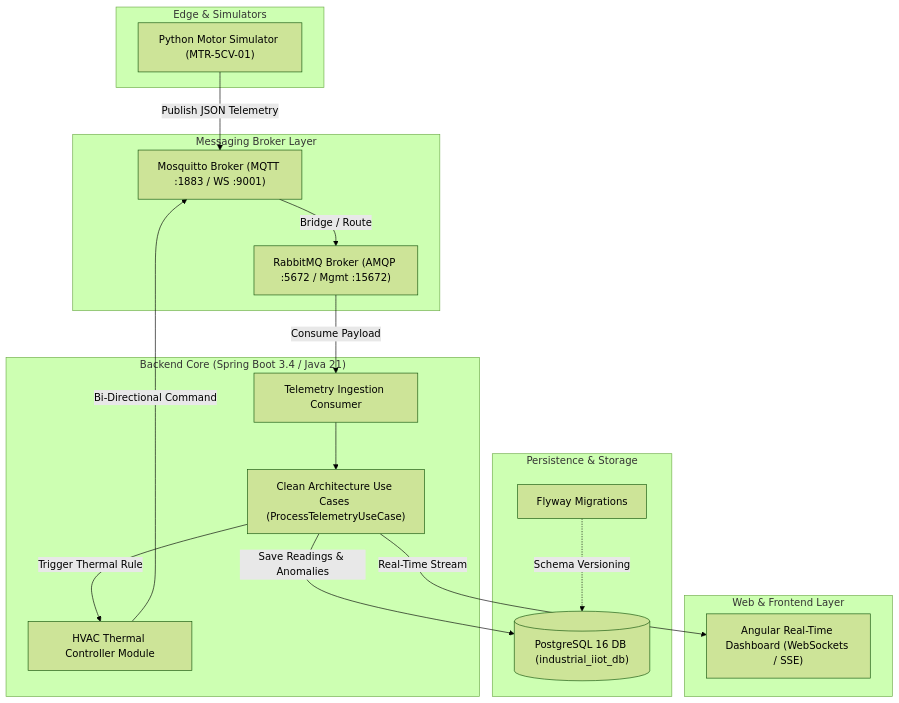
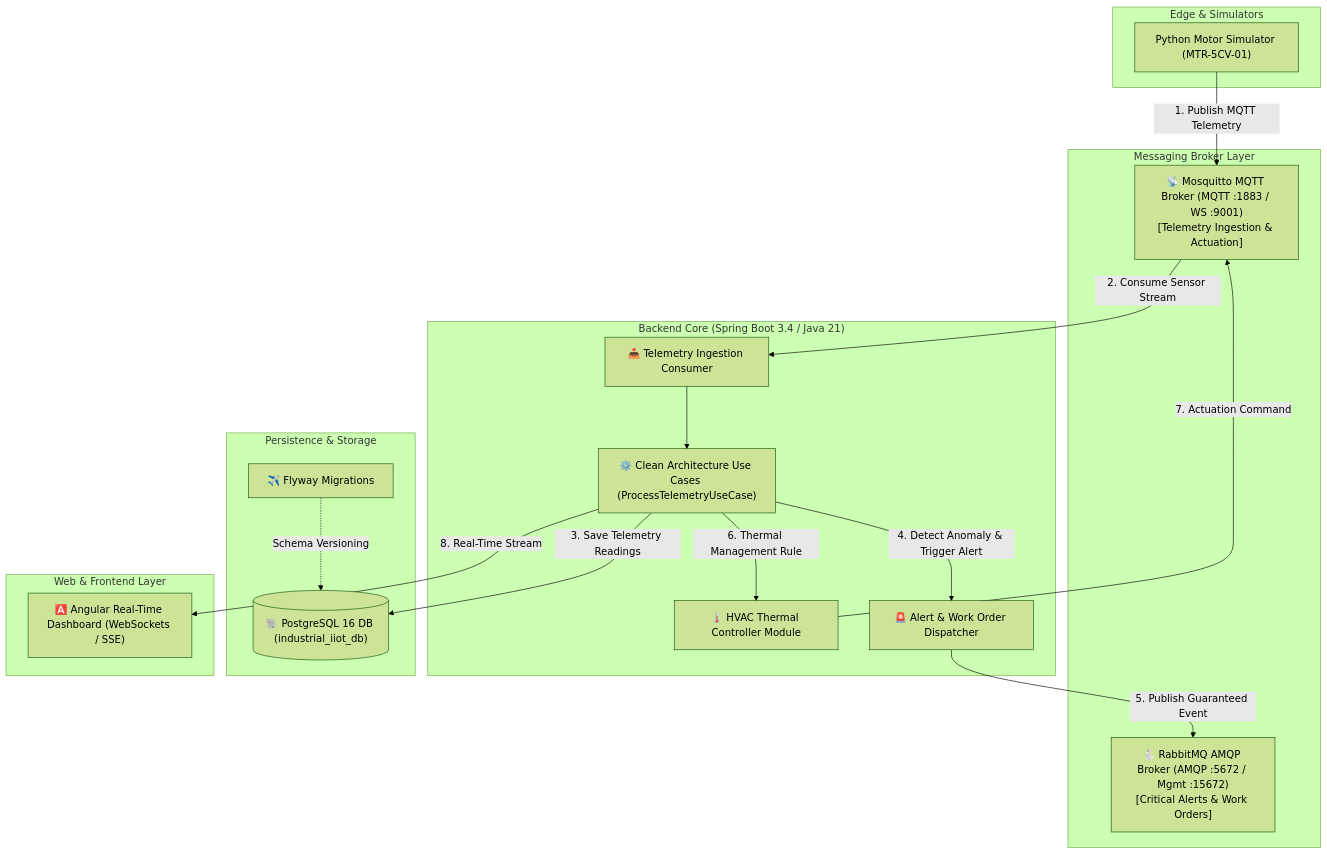
One commit to igorhgds/industrial-iot-backend changed the diagram in README.md. Above: the diagram before and after it, drawn with Mermaid (forest theme). The commit also changed other lines of this file, not shown here.

Commit message:
docs: update README with architectural diagram, milestone roadmap and dual-broker strategy

````diff
--- a/README.md
+++ b/README.md
@@ -26,36 +26,38 @@
 ```mermaid
 graph TD
     subgraph edge_sim ["Edge & Simulators"]
         MS["Python Motor Simulator (MTR-5CV-01)"]
     end
 
     subgraph msg_broker ["Messaging Broker Layer"]
-        MQTT["Mosquitto Broker (MQTT :1883 / WS :9001)"]
-        RMQ["RabbitMQ Broker (AMQP :5672 / Mgmt :15672)"]
+        MQTT["📡 Mosquitto MQTT Broker (MQTT :1883 / WS :9001)<br/>[Telemetry Ingestion & Actuation]"]
+        RMQ["🐇 RabbitMQ AMQP Broker (AMQP :5672 / Mgmt :15672)<br/>[Critical Alerts & Work Orders]"]
     end
 
     subgraph backend_core ["Backend Core (Spring Boot 3.4 / Java 21)"]
-        ING["Telemetry Ingestion Consumer"]
-        UC["Clean Architecture Use Cases (ProcessTelemetryUseCase)"]
-        HVAC["HVAC Thermal Controller Module"]
+        ING["📥 Telemetry Ingestion Consumer"]
+        UC["⚙️ Clean Architecture Use Cases (ProcessTelemetryUseCase)"]
+        HVAC["🌡️ HVAC Thermal Controller Module"]
+        ALERT["🚨 Alert & Work Order Dispatcher"]
     end
 
     subgraph persistence ["Persistence & Storage"]
-        PG[("PostgreSQL 16 DB (industrial_iiot_db)")]
-        FLY["Flyway Migrations"]
+        PG[("🐘 PostgreSQL 16 DB (industrial_iiot_db)")]
+        FLY["✈️ Flyway Migrations"]
     end
 
     subgraph frontend_layer ["Web & Frontend Layer"]
-        ANG["Angular Real-Time Dashboard (WebSockets / SSE)"]
+        ANG["🅰️ Angular Real-Time Dashboard (WebSockets / SSE)"]
     end
 
-    MS -->|Publish JSON Telemetry| MQTT
-    MQTT -->|Bridge / Route| RMQ
-    RMQ -->|Consume Payload| ING
+    MS -->|1. Publish MQTT Telemetry| MQTT
+    MQTT -->|2. Consume Sensor Stream| ING
     ING --> UC
-    UC -->|Save Readings & Anomalies| PG
+    UC -->|3. Save Telemetry Readings| PG
     FLY -.->|Schema Versioning| PG
-    UC -->|Trigger Thermal Rule| HVAC
-    HVAC -->|Bi-Directional Command| MQTT
-    UC -->|Real-Time Stream| ANG
+    UC -->|4. Detect Anomaly & Trigger Alert| ALERT
+    ALERT -->|5. Publish Guaranteed Event| RMQ
+    UC -->|6. Thermal Management Rule| HVAC
+    HVAC -->|7. Actuation Command| MQTT
+    UC -->|8. Real-Time Stream| ANG
 ```
````
